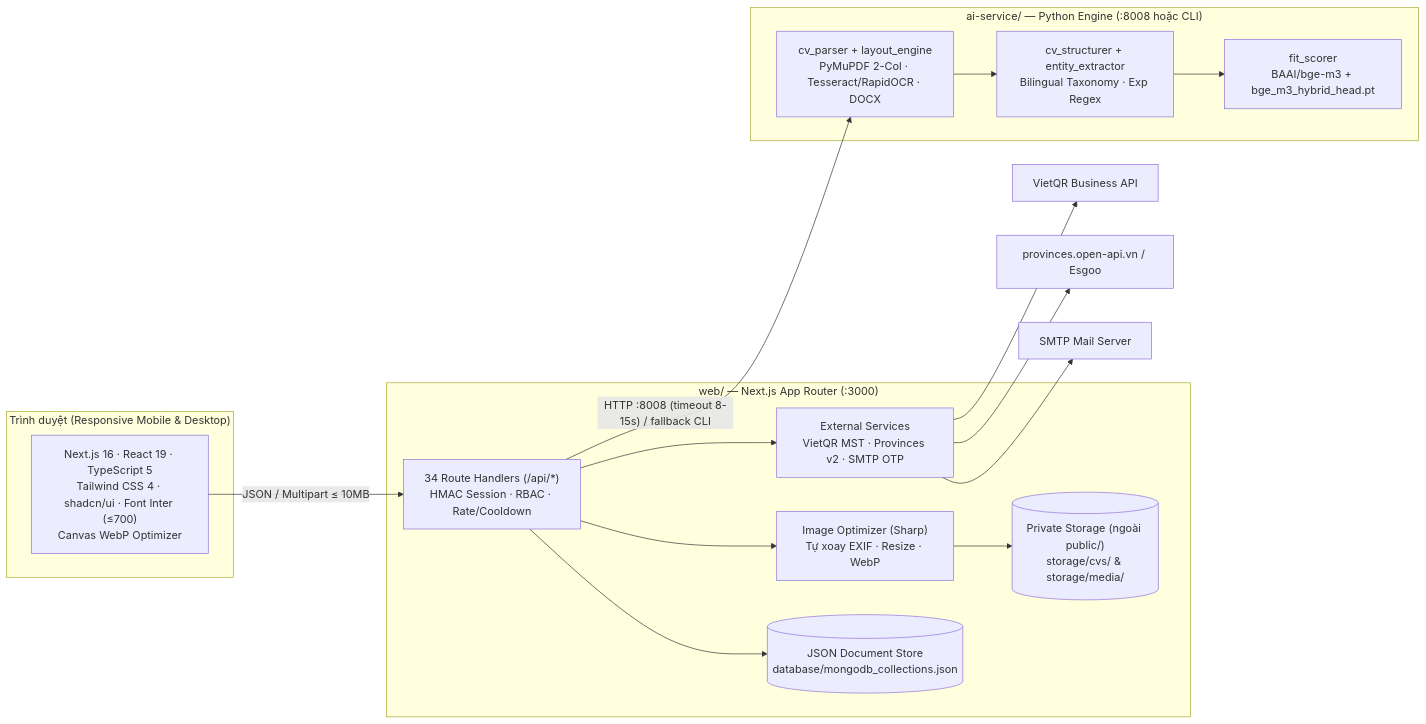
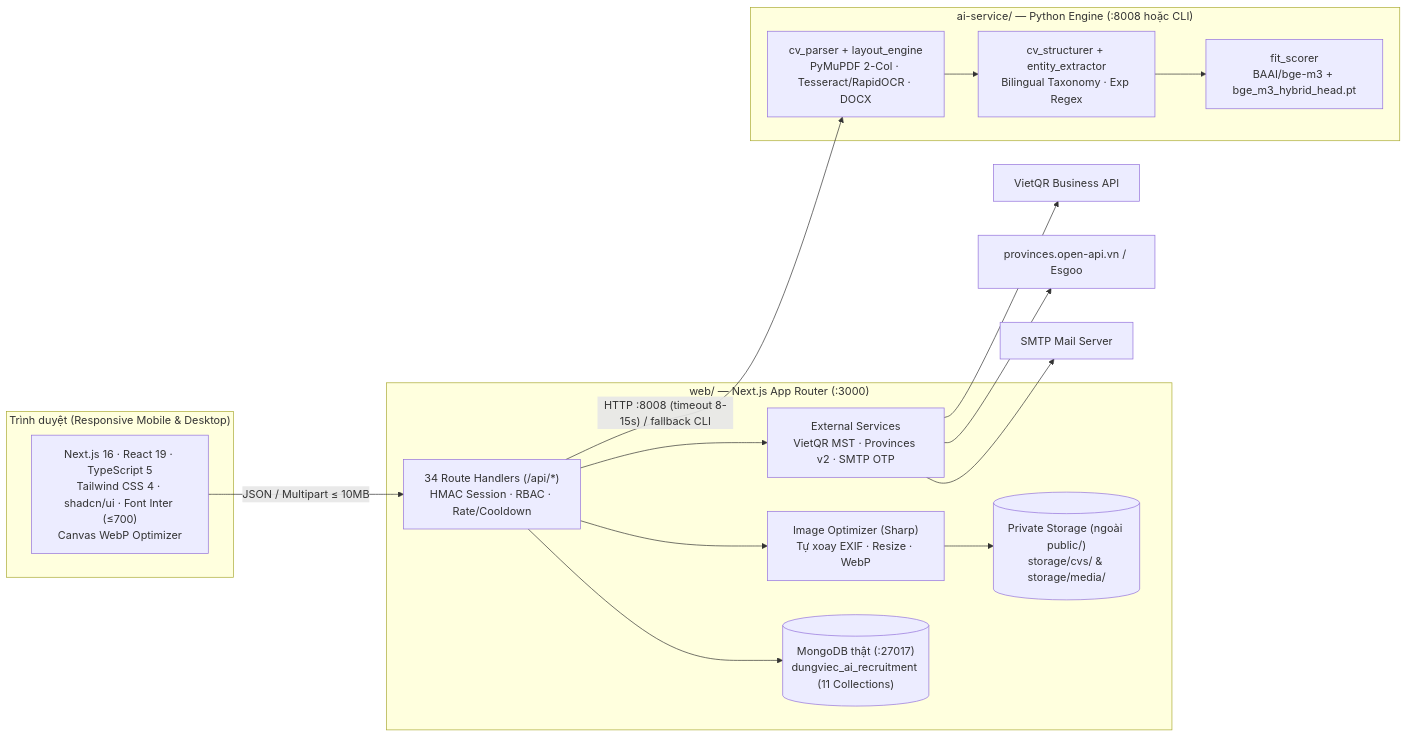
The first of 3 diagrams in README.md (phamkhoa18/dungviec-platform), drawn with Mermaid before and after one commit. The commit also changed other lines of this file and 47 other files, not shown here.

Commit message:
feat(db,auth): kết nối MongoDB thật 100% và bổ sung trang danh bạ tài khoản kiểm thử /tai-khoan-demo

````diff
--- a/README.md
+++ b/README.md
@@ -118,32 +118,32 @@
 ```mermaid
 flowchart LR
     subgraph Client["Trình duyệt (Responsive Mobile & Desktop)"]
         UI["Next.js 16 · React 19 · TypeScript 5<br/>Tailwind CSS 4 · shadcn/ui · Font Inter (≤700)<br/>Canvas WebP Optimizer"]
     end
 
     subgraph Web["web/ — Next.js App Router (:3000)"]
         API["34 Route Handlers (/api/*)<br/>HMAC Session · RBAC · Rate/Cooldown"]
         IMG["Image Optimizer (Sharp)<br/>Tự xoay EXIF · Resize · WebP"]
         SVC["External Services<br/>VietQR MST · Provinces v2 · SMTP OTP"]
-        STORE[("JSON Document Store<br/>database/mongodb_collections.json")]
+        STORE[("MongoDB thật (:27017)<br/>dungviec_ai_recruitment (11 Collections)")]
         FILES[("Private Storage (ngoài public/)<br/>storage/cvs/ & storage/media/")]
     end
 
     subgraph AI["ai-service/ — Python Engine (:8008 hoặc CLI)"]
         PARSE["cv_parser + layout_engine<br/>PyMuPDF 2-Col · Tesseract/RapidOCR · DOCX"]
         STRUCT["cv_structurer + entity_extractor<br/>Bilingual Taxonomy · Exp Regex"]
         SCORE["fit_scorer<br/>BAAI/bge-m3 + bge_m3_hybrid_head.pt"]
     end
 
     EXT1["VietQR Business API"]
     EXT2["provinces.open-api.vn / Esgoo"]
     EXT3["SMTP Mail Server"]
 
     UI -->|"JSON / Multipart ≤ 10MB"| API
     API --> STORE
     API --> IMG --> FILES
     API -->|"HTTP :8008 (timeout 8-15s) / fallback CLI"| PARSE
     PARSE --> STRUCT --> SCORE
     API --> SVC
     SVC --> EXT1 & EXT2 & EXT3
 ```
````
